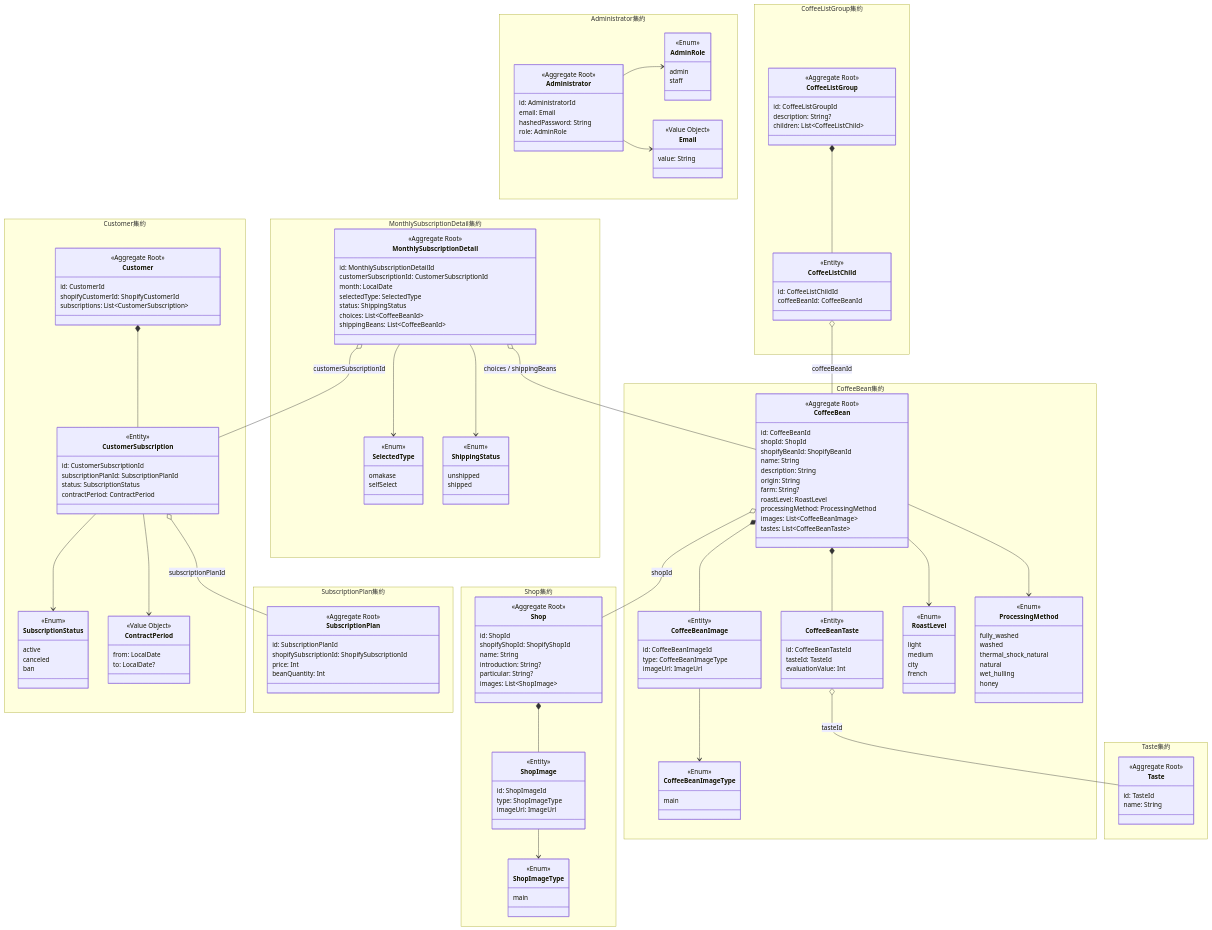
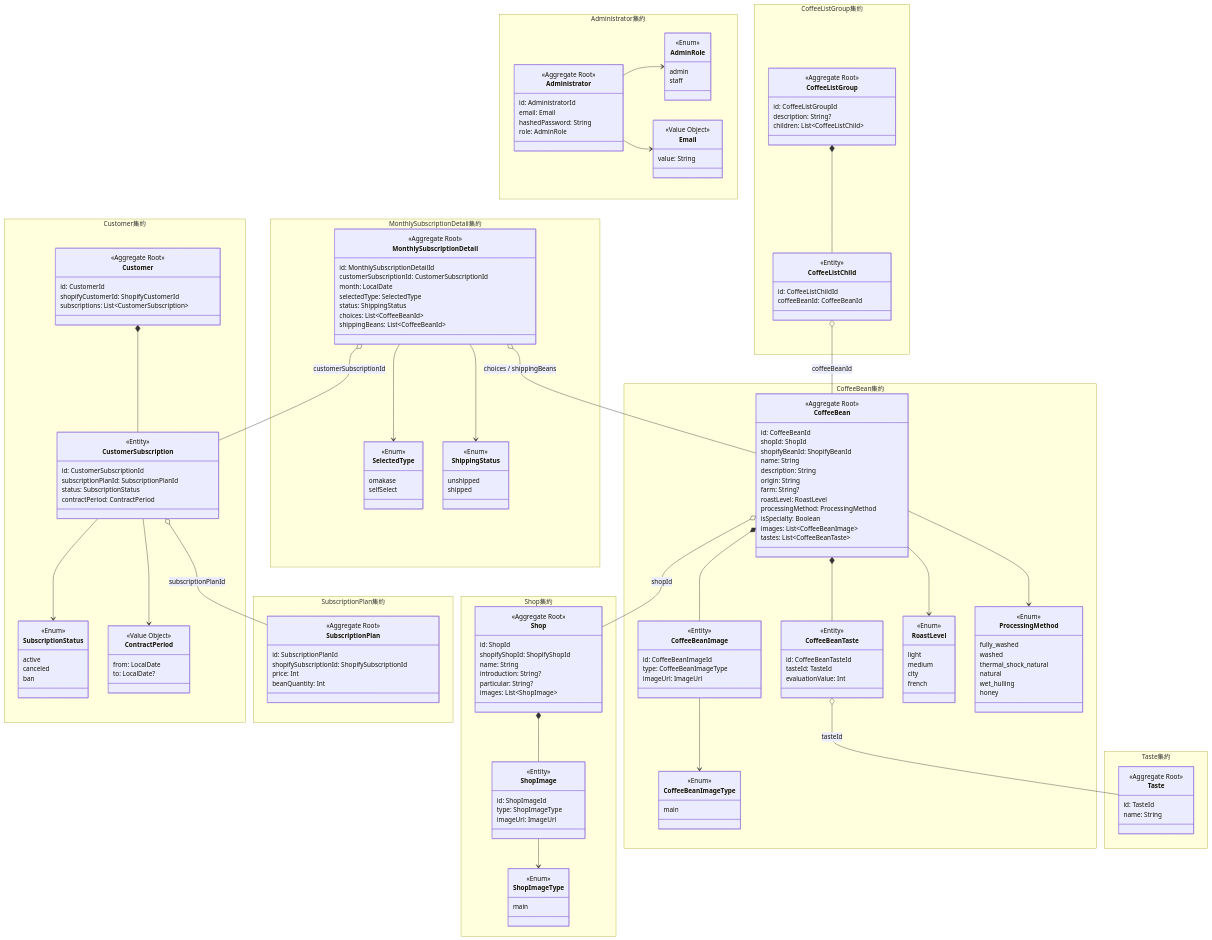
One commit to LibraryOfCoffee/libraryOfCoffee changed the diagram in backend/docs/domainModel.md. Above: the diagram before and after it, drawn with Mermaid. The commit also changed 9 other files, not shown here.

```diff
--- a/backend/docs/domainModel.md
+++ b/backend/docs/domainModel.md
@@ -155,6 +155,7 @@
       farm: String?
       roastLevel: RoastLevel
       processingMethod: ProcessingMethod
+      isSpecialty: Boolean
       images: List~CoffeeBeanImage~
       tastes: List~CoffeeBeanTaste~
     }
```
